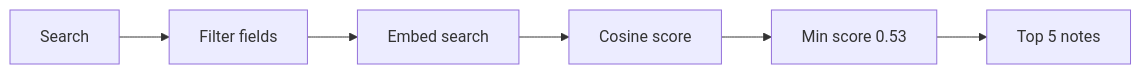
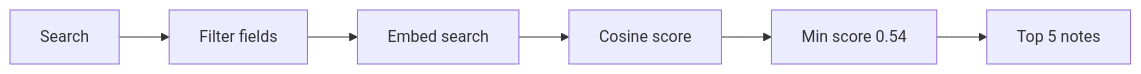
The third of 3 diagrams in README.md (sabrahermassi/injury-journal-ai-agent), drawn with Mermaid before and after one commit. The commit also changed other lines of this file and 8 other files, not shown here.

````diff
--- a/README.md
+++ b/README.md
@@ -57,15 +57,15 @@
 ```mermaid
 flowchart LR
     Q["Search"]
     F["Filter fields"]
     V["Embed search"]
     C["Cosine score"]
-    M["Min score 0.53"]
+    M["Min score 0.54"]
     T["Top 5 notes"]
 
     Q --> F
     F --> V
     V --> C
     C --> M
     M --> T
 ```
````
